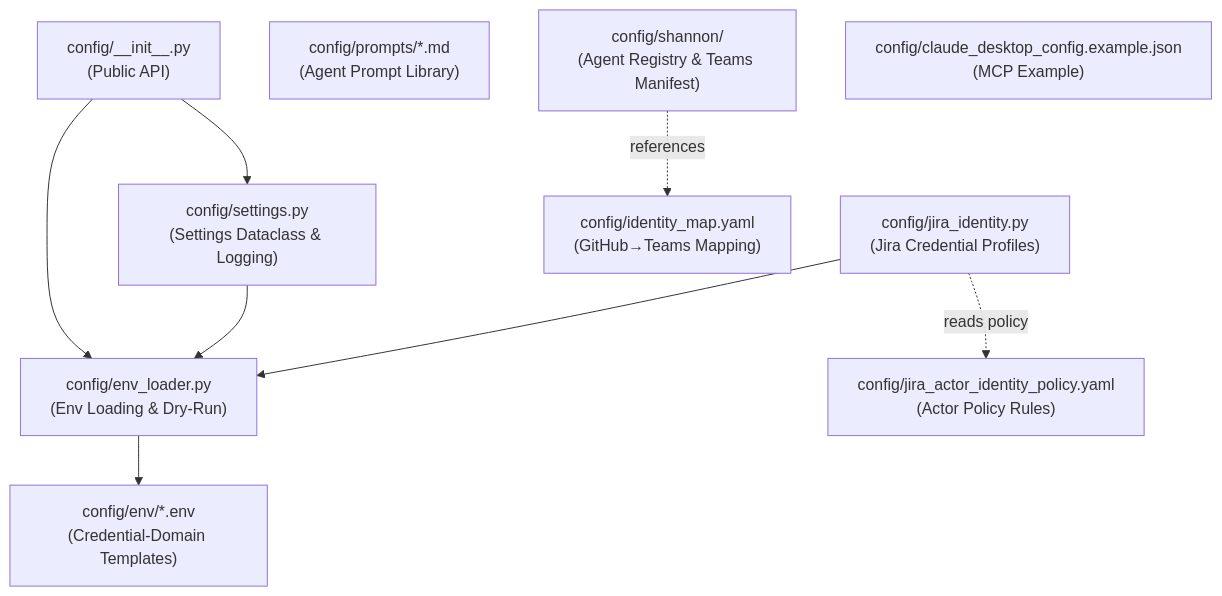
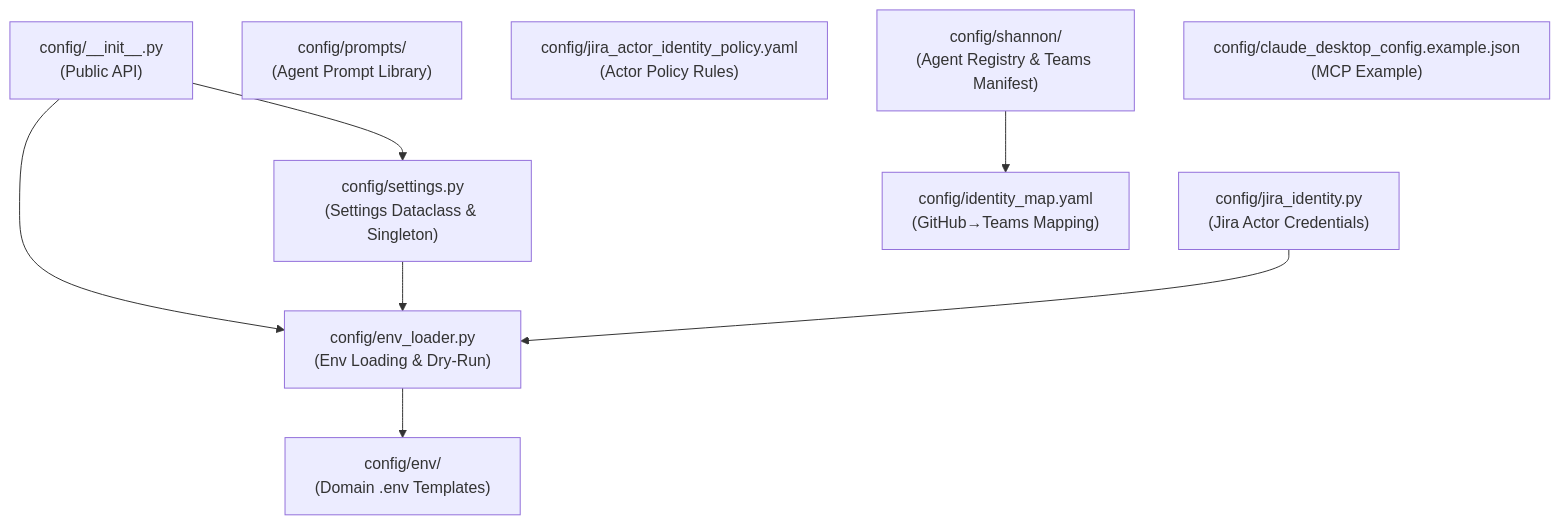
Before and after one commit to jmac-cornelis/agent-workforce: the first of 4 diagrams in docs/config.md, drawn with Mermaid. The commit also changed other lines of this file and 7 other files, not shown here.

````diff
--- a/docs/config.md
+++ b/docs/config.md
@@ -25,21 +25,20 @@
 ```mermaid
 graph TD
     A["config/__init__.py<br/>(Public API)"]
     B["config/env_loader.py<br/>(Env Loading & Dry-Run)"]
-    C["config/settings.py<br/>(Settings Dataclass & Logging)"]
-    D["config/jira_identity.py<br/>(Jira Credential Profiles)"]
-    E["config/env/*.env<br/>(Credential-Domain Templates)"]
-    F["config/jira_actor_identity_policy.yaml<br/>(Actor Policy Rules)"]
+    C["config/settings.py<br/>(Settings Dataclass & Singleton)"]
+    D["config/jira_identity.py<br/>(Jira Actor Credentials)"]
+    E["config/env/<br/>(Domain .env Templates)"]
+    F["config/prompts/<br/>(Agent Prompt Library)"]
     G["config/identity_map.yaml<br/>(GitHub→Teams Mapping)"]
-    H["config/prompts/*.md<br/>(Agent Prompt Library)"]
+    H["config/jira_actor_identity_policy.yaml<br/>(Actor Policy Rules)"]
     I["config/shannon/<br/>(Agent Registry & Teams Manifest)"]
     J["config/claude_desktop_config.example.json<br/>(MCP Example)"]
 
     A --> B
     A --> C
     C --> B
     D --> B
     B --> E
-    D -.->|reads policy| F
-    I -.->|references| G
+    I --> G
 ```
````
